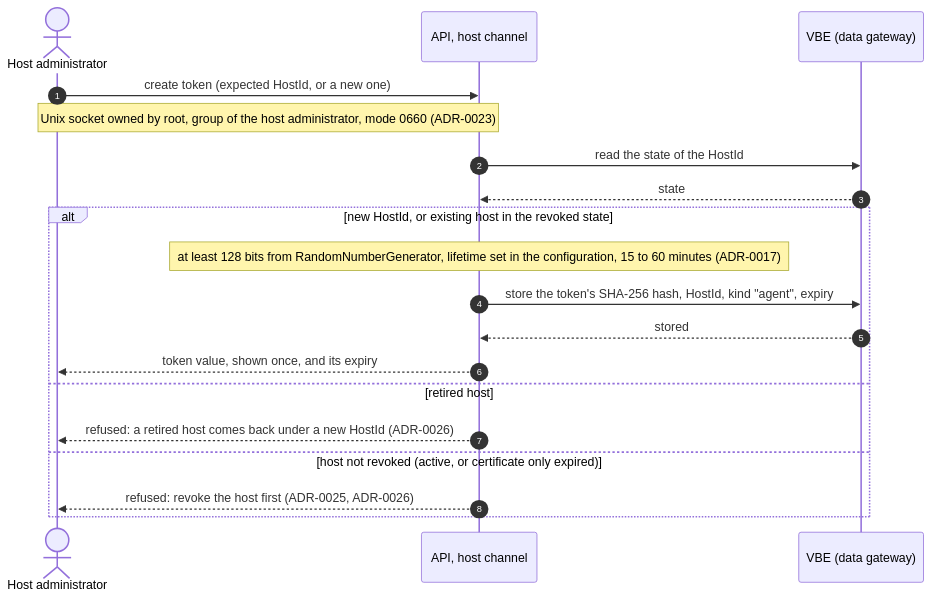
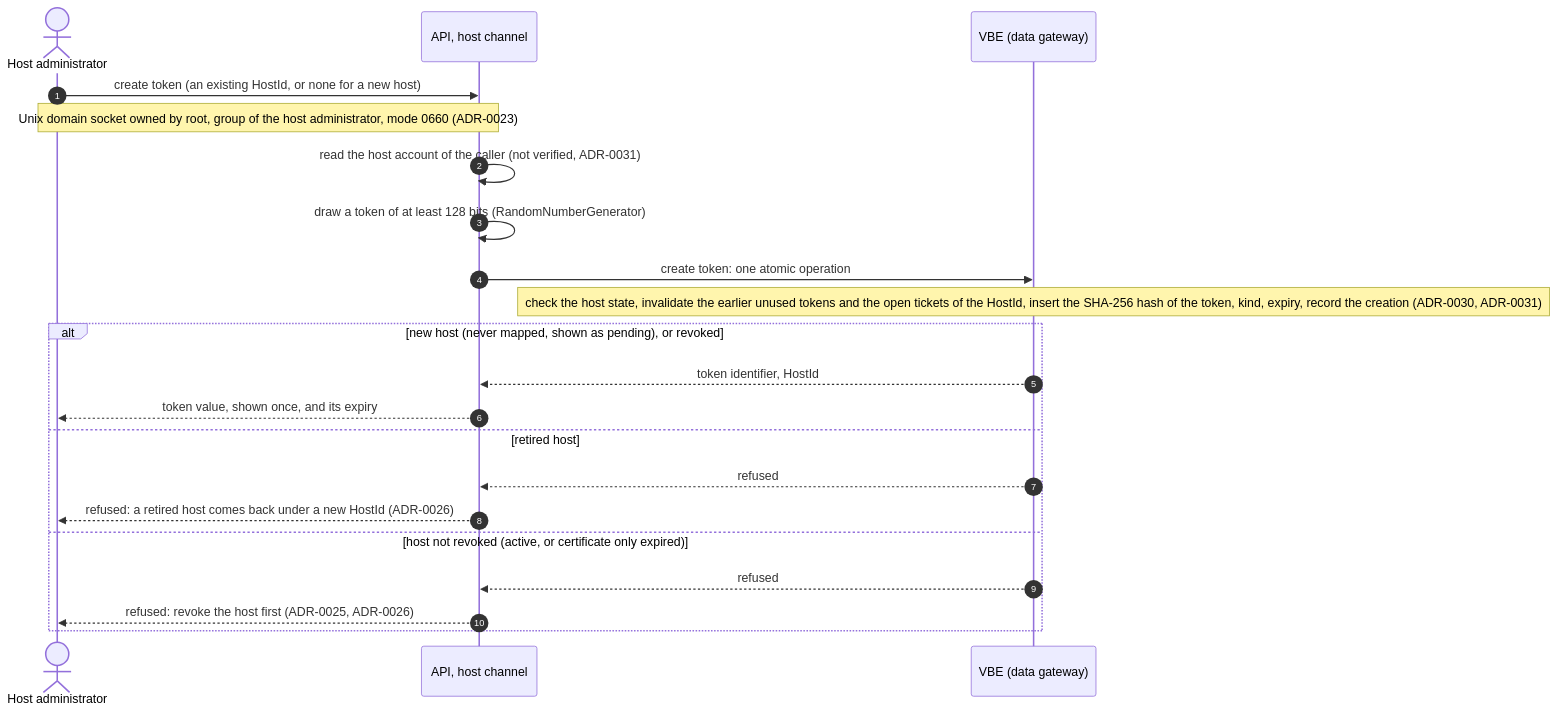
The first of 4 diagrams in doc/analyse/uml/v0.1/identity.md (micdef/Dashboard), drawn with Mermaid before and after one commit. The commit also changed other lines of this file, not shown here.

First line of the commit message:
docs: fix the identity sequence diagrams after the team review

````diff
--- a/doc/analyse/uml/v0.1/identity.md
+++ b/doc/analyse/uml/v0.1/identity.md
@@ -24,22 +33,24 @@
 ```mermaid
 sequenceDiagram
     autonumber
     actor HostAdmin as Host administrator
     participant Host as API, host channel
     participant VBE as VBE (data gateway)
 
-    HostAdmin->>Host: create token (expected HostId, or a new one)
-    Note over HostAdmin,Host: Unix socket owned by root, group of the host administrator, mode 0660 (ADR-0023)
-    Host->>VBE: read the state of the HostId
-    VBE-->>Host: state
-    alt new HostId, or existing host in the revoked state
-        Note over Host: at least 128 bits from RandomNumberGenerator, lifetime set in the configuration, 15 to 60 minutes (ADR-0017)
-        Host->>VBE: store the token's SHA-256 hash, HostId, kind "agent", expiry
-        VBE-->>Host: stored
+    HostAdmin->>Host: create token (an existing HostId, or none for a new host)
+    Note over HostAdmin,Host: Unix domain socket owned by root, group of the host administrator, mode 0660 (ADR-0023)
+    Host->>Host: read the host account of the caller (not verified, ADR-0031)
+    Host->>Host: draw a token of at least 128 bits (RandomNumberGenerator)
+    Host->>VBE: create token: one atomic operation
+    Note over VBE: check the host state, invalidate the earlier unused tokens and the open tickets of the HostId, insert the SHA-256 hash of the token, kind, expiry, record the creation (ADR-0030, ADR-0031)
+    alt new host (never mapped, shown as pending), or revoked
+        VBE-->>Host: token identifier, HostId
         Host-->>HostAdmin: token value, shown once, and its expiry
     else retired host
+        VBE-->>Host: refused
         Host-->>HostAdmin: refused: a retired host comes back under a new HostId (ADR-0026)
     else host not revoked (active, or certificate only expired)
+        VBE-->>Host: refused
         Host-->>HostAdmin: refused: revoke the host first (ADR-0025, ADR-0026)
     end
 ```
````
